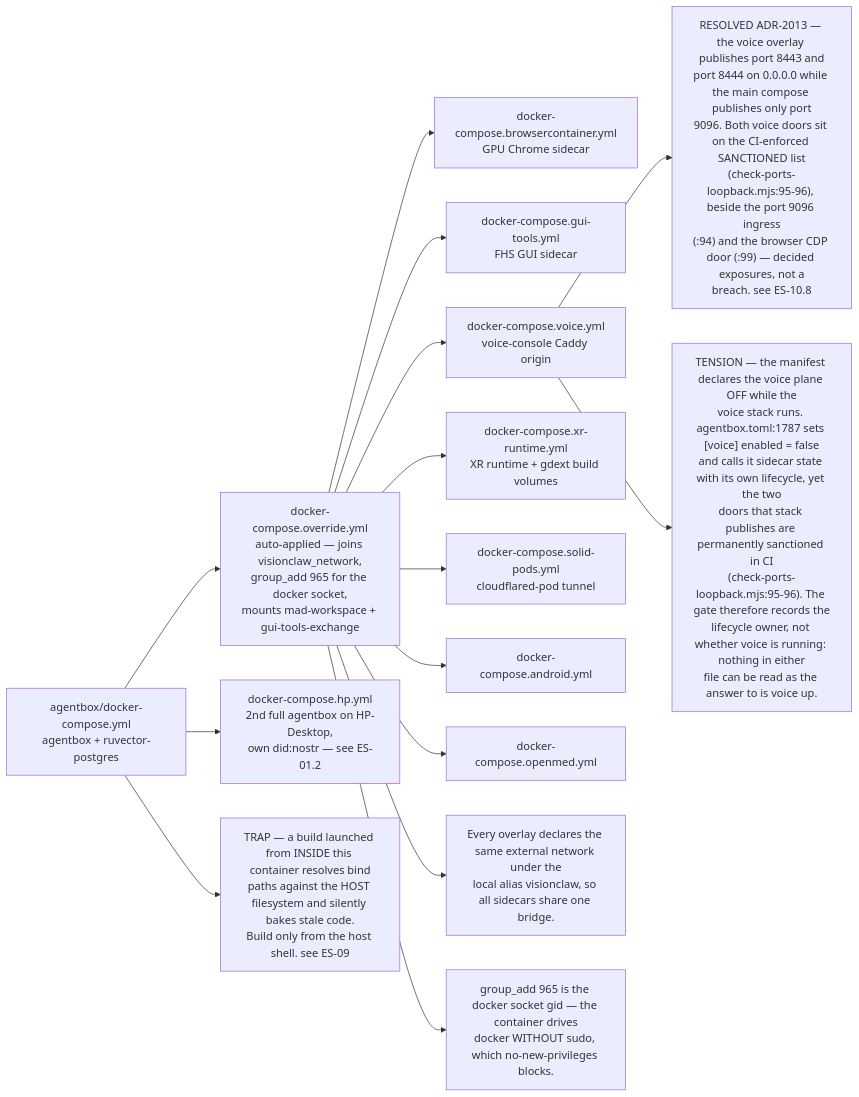
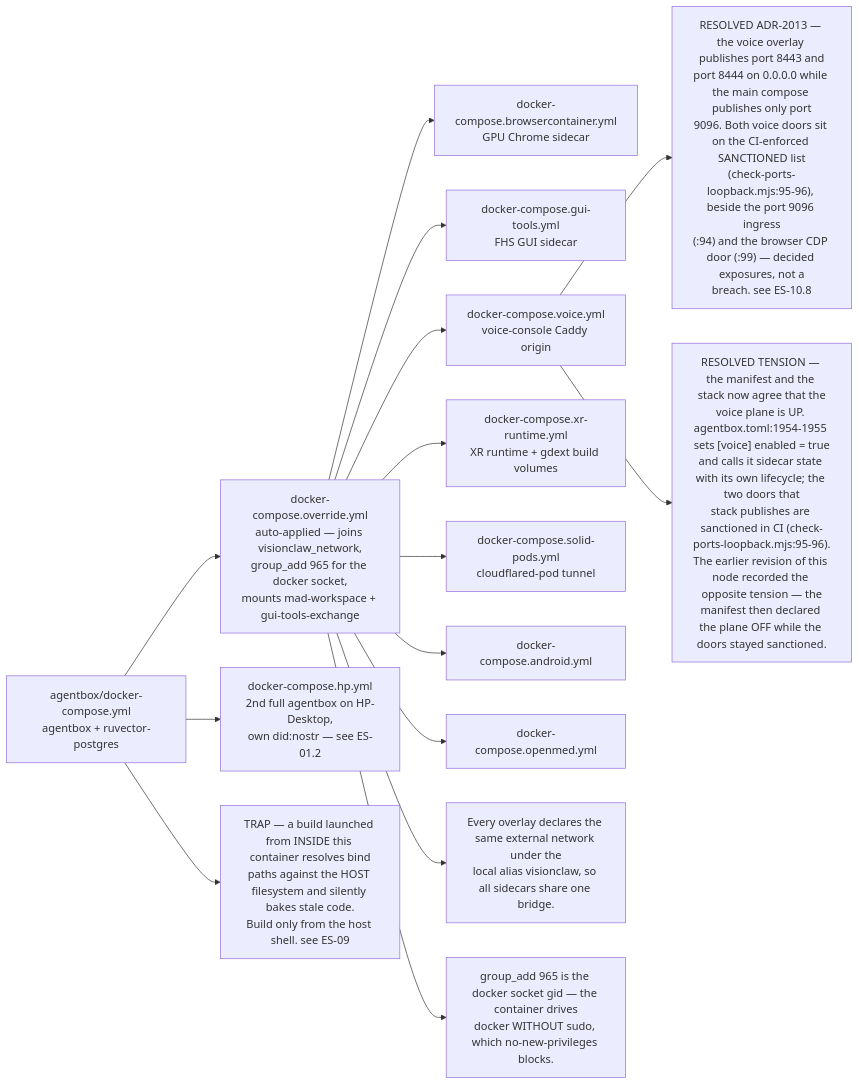
The fifth of 8 diagrams in docs/diagrams/estate/01-estate-topology.md (DreamLab-AI/VisionFlow), drawn with Mermaid before and after one commit. The commit also changed other lines of this file and 111 other files, not shown here.

Commit message:
docs(diagrams): align estate maps with current source

````diff
--- a/docs/diagrams/estate/01-estate-topology.md
+++ b/docs/diagrams/estate/01-estate-topology.md
@@ -205,35 +205,35 @@
 ```mermaid
 flowchart LR
     BASE["agentbox/docker-compose.yml<br/>agentbox + ruvector-postgres"]
     OV["docker-compose.override.yml<br/>auto-applied — joins visionclaw_network,<br/>group_add 965 for the docker socket,<br/>mounts mad-workspace + gui-tools-exchange"]
     HP["docker-compose.hp.yml<br/>2nd full agentbox on HP-Desktop,<br/>own did:nostr — see ES-01.2"]
     BCF["docker-compose.browsercontainer.yml<br/>GPU Chrome sidecar"]
     GTF["docker-compose.gui-tools.yml<br/>FHS GUI sidecar"]
     VF["docker-compose.voice.yml<br/>voice-console Caddy origin"]
     XF["docker-compose.xr-runtime.yml<br/>XR runtime + gdext build volumes"]
     SPF["docker-compose.solid-pods.yml<br/>cloudflared-pod tunnel"]
     ANF["docker-compose.android.yml"]
     OMF["docker-compose.openmed.yml"]
 
     BASE --> OV
     OV --> BCF
     OV --> GTF
     OV --> VF
     OV --> XF
     OV --> SPF
     OV --> ANF
     OV --> OMF
     BASE --> HP
 
     N1["Every overlay declares the same external network under the<br/>local alias visionclaw, so all sidecars share one bridge."]
     N2["group_add 965 is the docker socket gid — the container drives<br/>docker WITHOUT sudo, which no-new-privileges blocks."]
     D1["RESOLVED ADR-2013 — the voice overlay publishes port 8443 and<br/>port 8444 on 0.0.0.0 while the main compose publishes only port<br/>9096. Both voice doors sit on the CI-enforced SANCTIONED list<br/>(check-ports-loopback.mjs:95-96), beside the port 9096 ingress<br/>(:94) and the browser CDP door (:99) — decided exposures, not a<br/>breach. see ES-10.8"]
-    D3["TENSION — the manifest declares the voice plane OFF while the<br/>voice stack runs. agentbox.toml:1787 sets [voice] enabled = false<br/>and calls it sidecar state with its own lifecycle, yet the two<br/>doors that stack publishes are permanently sanctioned in CI<br/>(check-ports-loopback.mjs:95-96). The gate therefore records the<br/>lifecycle owner, not whether voice is running: nothing in either<br/>file can be read as the answer to is voice up."]
+    D3["RESOLVED TENSION — the manifest and the stack now agree that the<br/>voice plane is UP. agentbox.toml:1954-1955 sets [voice] enabled = true<br/>and calls it sidecar state with its own lifecycle; the two doors that<br/>stack publishes are sanctioned in CI (check-ports-loopback.mjs:95-96).<br/>The earlier revision of this node recorded the opposite tension — the<br/>manifest then declared the plane OFF while the doors stayed sanctioned."]
     D2["TRAP — a build launched from INSIDE this container resolves bind<br/>paths against the HOST filesystem and silently bakes stale code.<br/>Build only from the host shell. see ES-09"]
 
     OV --> N1
     OV --> N2
     VF --> D1
     VF --> D3
     BASE --> D2
 ```
````
